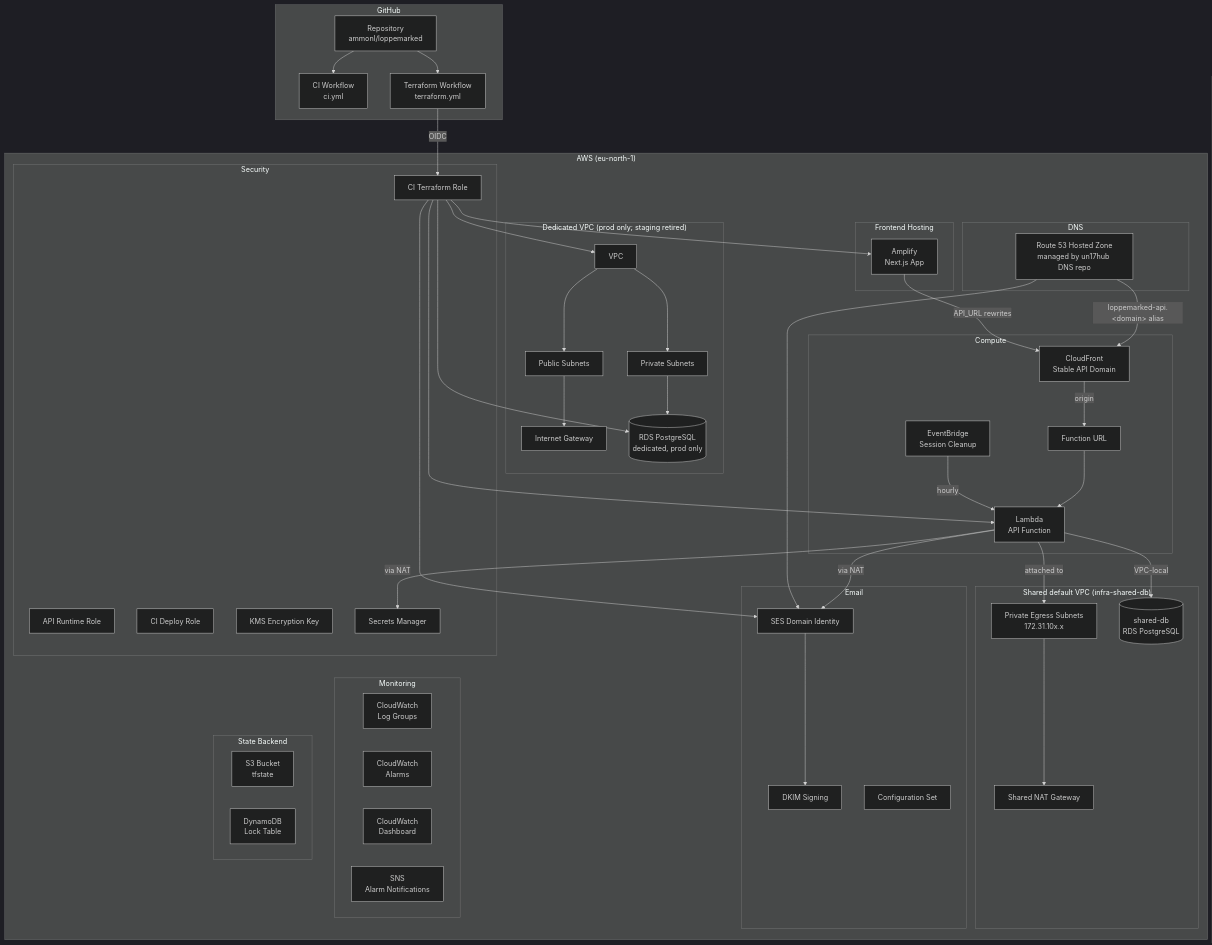
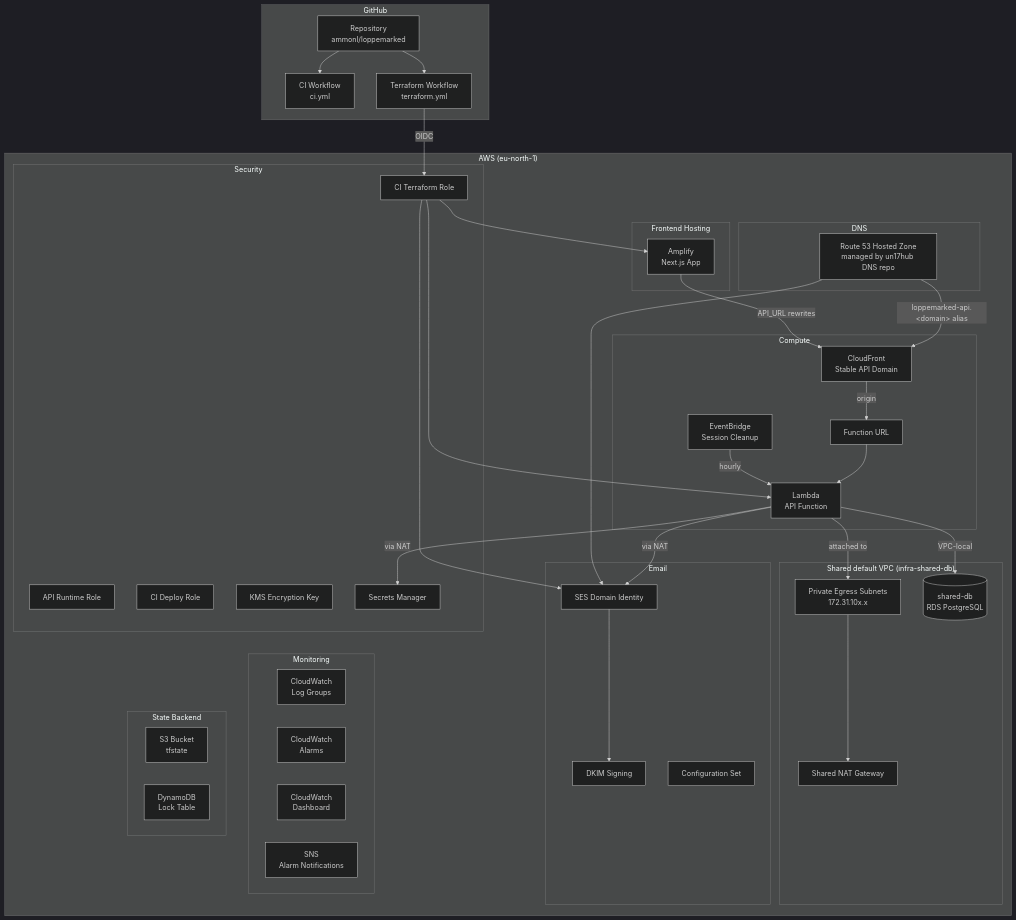
The sixth of 7 diagrams in docs/architecture.md (ammonl/loppemarked), drawn with Mermaid (dark theme) before and after one commit. The commit also changed other lines of this file and 18 other files, not shown here.

First line of the commit message:
infra: retire prod dedicated VPC and RDS, cross-environment cleanup (#222) (#285)

````diff
--- a/docs/architecture.md
+++ b/docs/architecture.md
@@ -347,14 +343,6 @@
             SHARED_SUB[Private Egress Subnets<br/>172.31.10x.x]
             NAT[Shared NAT Gateway]
             SHARED_RDS[(shared-db<br/>RDS PostgreSQL)]
-        end
-
-        subgraph "Dedicated VPC (prod only; staging retired)"
-            VPC[VPC]
-            PUB_SUB[Public Subnets]
-            PRIV_SUB[Private Subnets]
-            IGW[Internet Gateway]
-            RDS[(RDS PostgreSQL<br/>dedicated, prod only)]
         end
 
         subgraph "Compute"
@@ -402,9 +390,7 @@
     REPO --> CI
     REPO --> TF_WF
     TF_WF -->|OIDC| IAM_TF
-    IAM_TF --> VPC
     IAM_TF --> LAMBDA
-    IAM_TF --> RDS
     IAM_TF --> SES_ID
     IAM_TF --> AMPLIFY
     LAMBDA_URL --> LAMBDA
@@ -417,10 +403,6 @@
     SHARED_SUB --> NAT
     LAMBDA -->|via NAT| SES_ID
     LAMBDA -->|via NAT| SECRETS
-    VPC --> PUB_SUB
-    VPC --> PRIV_SUB
-    PUB_SUB --> IGW
-    PRIV_SUB --> RDS
     R53 --> SES_ID
     SES_ID --> SES_DKIM
 ```
````
